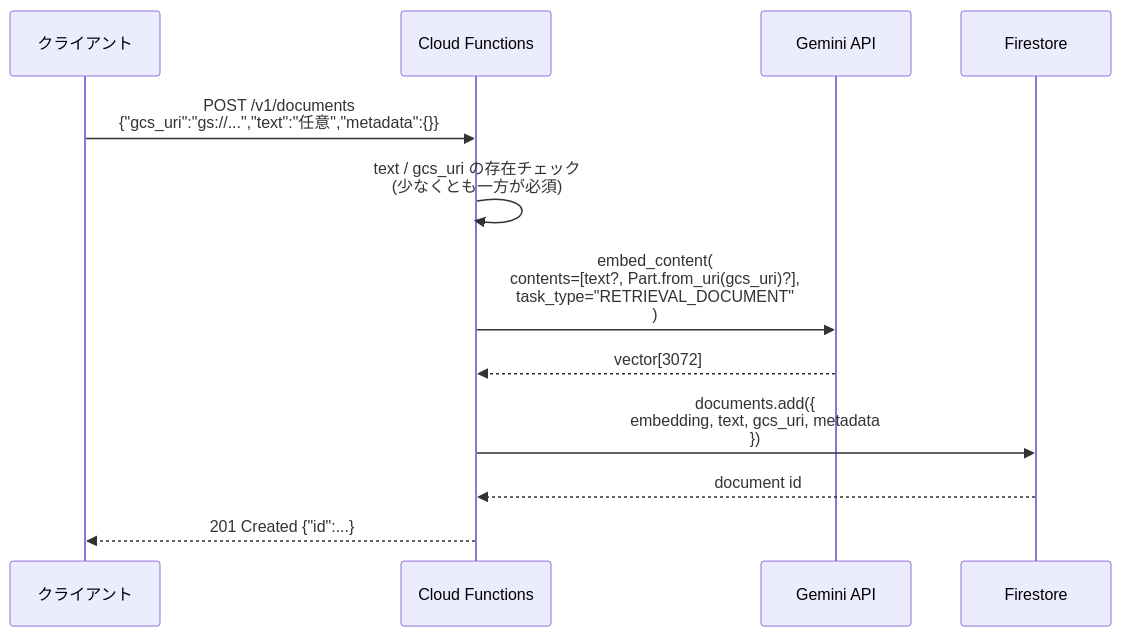
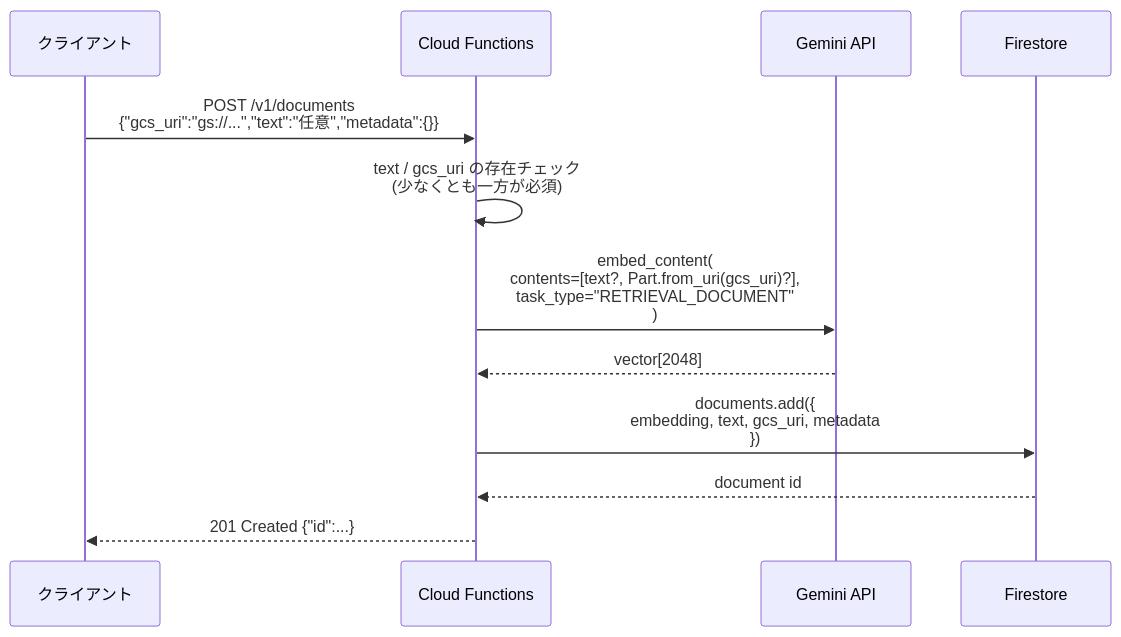
One commit to Riri-Inferno/gcp-serverless-vector-search changed the third of 5 diagrams in docs/multimodal-design.md. Above: the diagram before and after it, drawn with Mermaid. The commit also changed other lines of this file and 5 other files, not shown here.

````diff
--- a/docs/multimodal-design.md
+++ b/docs/multimodal-design.md
@@ -89,15 +89,15 @@
 ```mermaid
 sequenceDiagram
     participant C as クライアント
     participant Fn as Cloud Functions
     participant Gemini as Gemini API
     participant FS as Firestore
 
     C->>Fn: POST /v1/documents<br/>{"gcs_uri":"gs://...","text":"任意","metadata":{}}
     Fn->>Fn: text / gcs_uri の存在チェック<br/>(少なくとも一方が必須)
     Fn->>Gemini: embed_content(<br/>  contents=[text?, Part.from_uri(gcs_uri)?],<br/>  task_type="RETRIEVAL_DOCUMENT"<br/>)
-    Gemini-->>Fn: vector[3072]
+    Gemini-->>Fn: vector[2048]
     Fn->>FS: documents.add({<br/>  embedding, text, gcs_uri, metadata<br/>})
     FS-->>Fn: document id
     Fn-->>C: 201 Created {"id":...}
 ```
````
